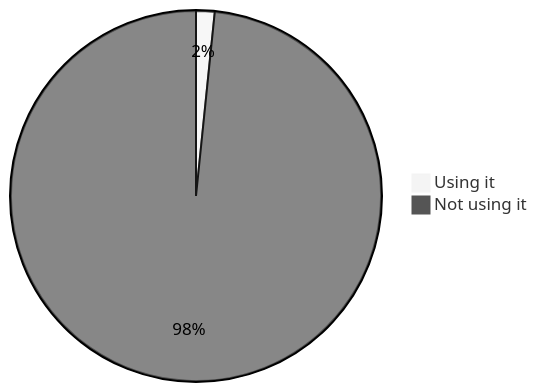
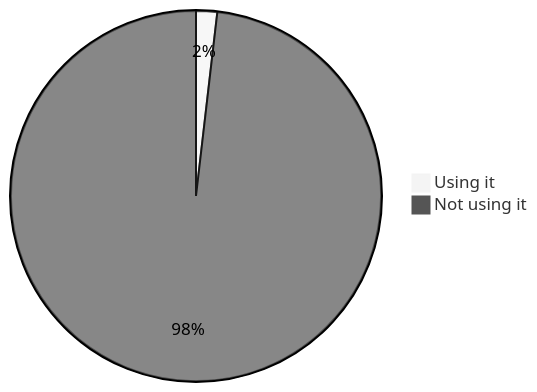
The sixth of 22 diagrams in stats.md (oshp/oshp-stats), drawn with Mermaid (neutral theme) before and after one commit. The commit also changed other lines of this file, not shown here.

````diff
--- a/stats.md
+++ b/stats.md
@@ -82,6 +70,6 @@
 ```mermaid
 pie
-	"Using it" : 1.62
-	"Not using it" : 98.38
+	"Using it" : 1.84
+	"Not using it" : 98.16
 
 ```
````
